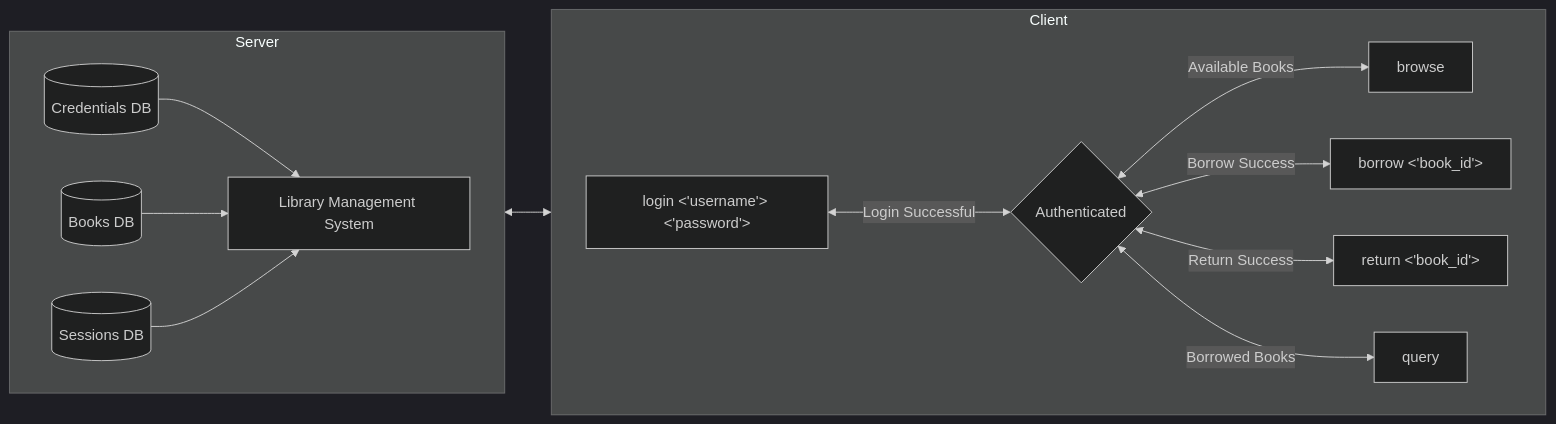
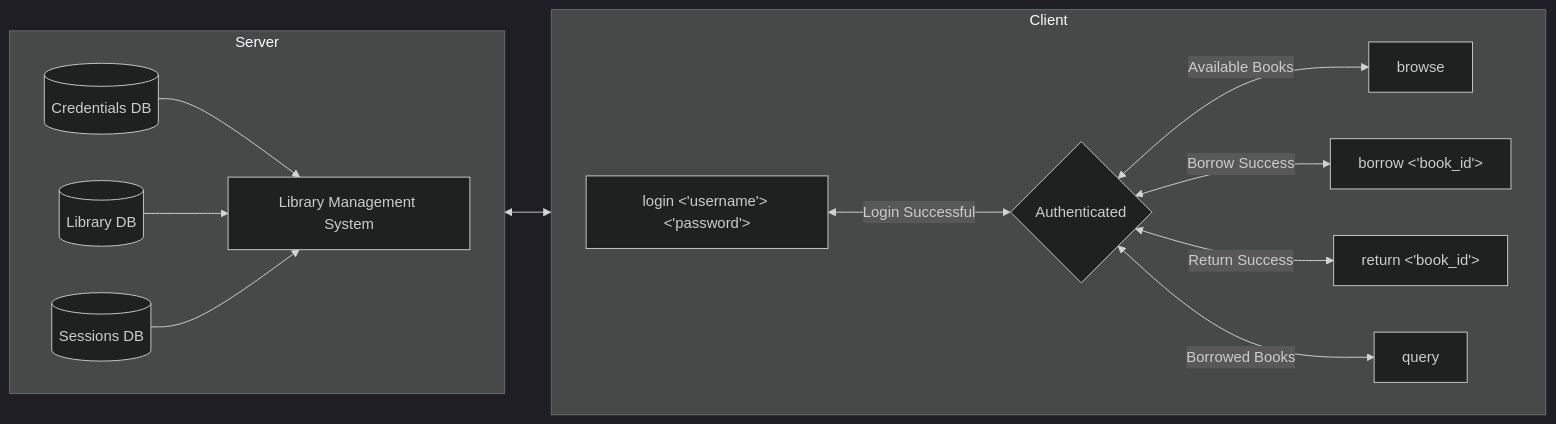
One commit to NickBarnes574/library_management_system changed the diagram in spec.md. Above: the diagram before and after it, drawn with Mermaid (dark theme). The commit also changed 4 other files, not shown here.

````diff
--- a/spec.md
+++ b/spec.md
@@ -9,26 +9,26 @@
 ```mermaid
 flowchart RL
     subgraph Client
         direction LR
         C <--Login Successful--> B{Authenticated}
         C[login <'username'> <'password'> ]
         D[browse]
         E[borrow <'book_id'>]
         F[return <'book_id'>]
         G[query]
     end
 
     B <--Available Books--> D
     B <--Borrow Success--> E
     B <--Return Success--> F
     B <--Borrowed Books--> G
 
     subgraph Server
         direction LR
         id1[(Credentials DB)] --> A[Library Management System]
-        id2[(Books DB)] --> A[Library Management System]
+        id2[(Library DB)] --> A[Library Management System]
         id3[(Sessions DB)] --> A[Library Management System]
     end
 
     Client <--> Server
 ```
````
